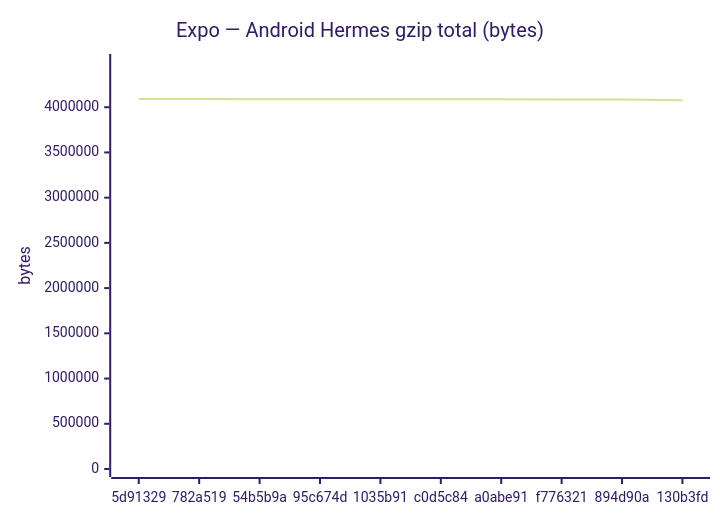
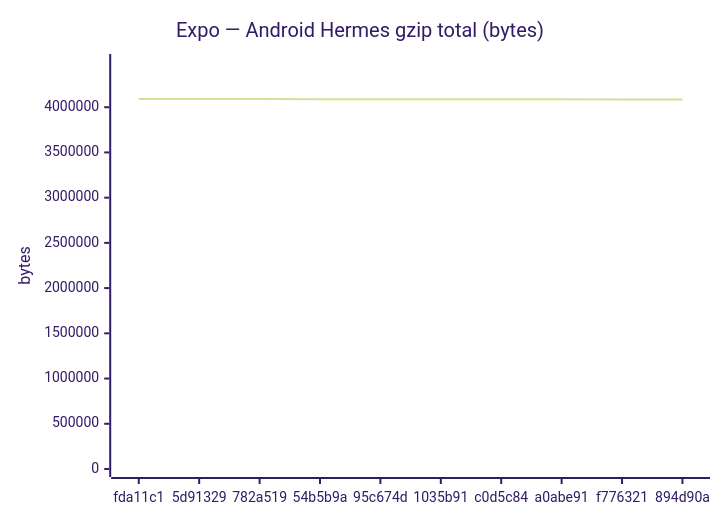
One commit to Metaheurist/Rianell changed the fifth of 18 diagrams in benchmarks/compare.md. Above: the diagram before and after it, drawn with Mermaid (forest theme). The commit also changed other lines of this file and 11 other files, not shown here.

````diff
--- a/benchmarks/compare.md
+++ b/benchmarks/compare.md
@@ -89,7 +89,7 @@
 ```mermaid
 xychart-beta
     title "Expo — Android Hermes gzip total (bytes)"
-    x-axis ["5d91329", "782a519", "54b5b9a", "95c674d", "1035b91", "c0d5c84", "a0abe91", "f776321", "894d90a", "130b3fd"]
-    y-axis "bytes" 0 --> 4499866
-    line [4090787, 4090360, 4089313, 4088814, 4088813, 4088813, 4088812, 4085830, 4086643, 4077332]
+    x-axis ["fda11c1", "5d91329", "782a519", "54b5b9a", "95c674d", "1035b91", "c0d5c84", "a0abe91", "f776321", "894d90a"]
+    y-axis "bytes" 0 --> 4499868
+    line [4090789, 4090787, 4090360, 4089313, 4088814, 4088813, 4088813, 4088812, 4085830, 4086643]
 ```
````
